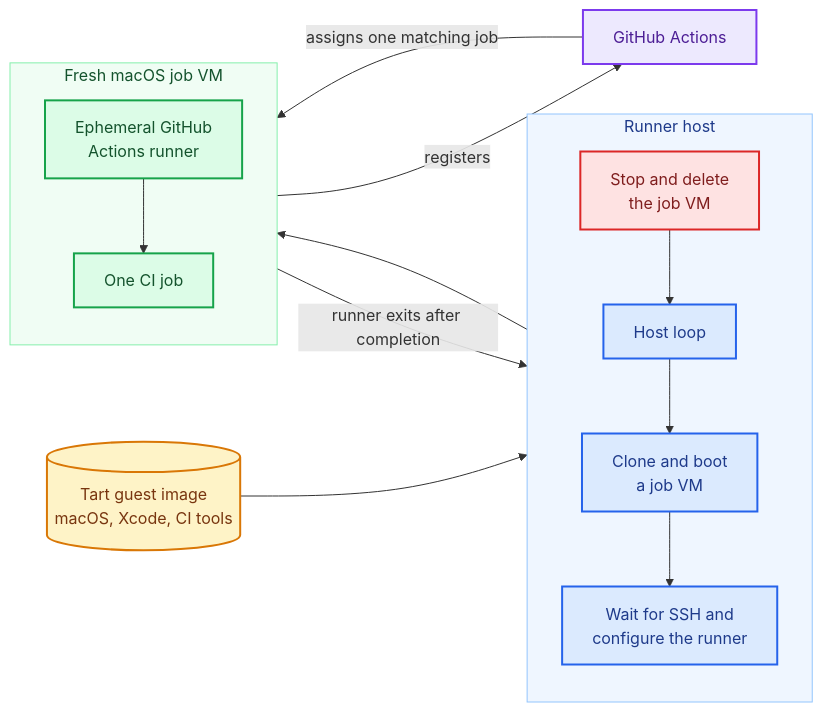
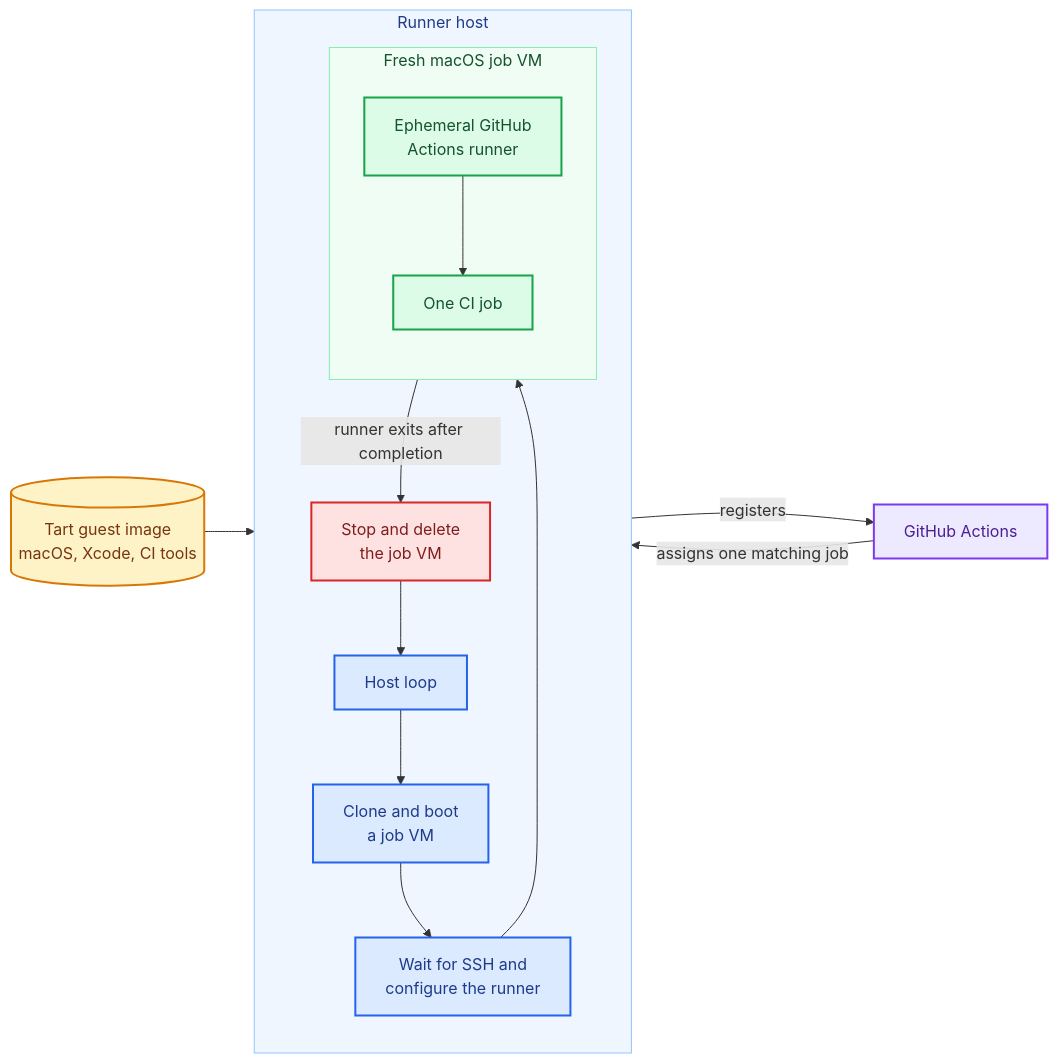
Before and after one commit to JanC/tartelette: the diagram in README.md, drawn with Mermaid.

Commit message:
Nest job VM in runner host diagram

````diff
--- a/README.md
+++ b/README.md
@@ -34,43 +34,43 @@
 ```mermaid
 flowchart LR
     Image[(Tart guest image<br/>macOS, Xcode, CI tools)]
 
     subgraph Host[Runner host]
         direction TB
         Loop[Host loop]
         Clone[Clone and boot<br/>a job VM]
         Connect[Wait for SSH and<br/>configure the runner]
         Remove[Stop and delete<br/>the job VM]
         Loop --> Clone --> Connect
         Remove --> Loop
-    end
 
-    subgraph JobVM[Fresh macOS job VM]
-        direction TB
-        Runner[Ephemeral GitHub<br/>Actions runner]
-        Job[One CI job]
-        Runner --> Job
+        subgraph JobVM[Fresh macOS job VM]
+            direction TB
+            Runner[Ephemeral GitHub<br/>Actions runner]
+            Job[One CI job]
+            Runner --> Job
+        end
     end
 
     GitHub[GitHub Actions]
 
     Image --> Clone
     Connect --> Runner
     Runner -->|registers| GitHub
     GitHub -->|assigns one matching job| Job
     Job -->|runner exits after completion| Remove
 
     classDef image fill:#fef3c7,stroke:#d97706,color:#78350f,stroke-width:2px
     classDef host fill:#dbeafe,stroke:#2563eb,color:#1e3a8a,stroke-width:2px
     classDef guest fill:#dcfce7,stroke:#16a34a,color:#14532d,stroke-width:2px
     classDef github fill:#ede9fe,stroke:#7c3aed,color:#4c1d95,stroke-width:2px
     classDef cleanup fill:#fee2e2,stroke:#dc2626,color:#7f1d1d,stroke-width:2px
 
     class Image image
     class Loop,Clone,Connect host
     class Runner,Job guest
     class GitHub github
     class Remove cleanup
     style Host fill:#eff6ff,stroke:#93c5fd,color:#1e3a8a
     style JobVM fill:#f0fdf4,stroke:#86efac,color:#14532d
 ```
````
